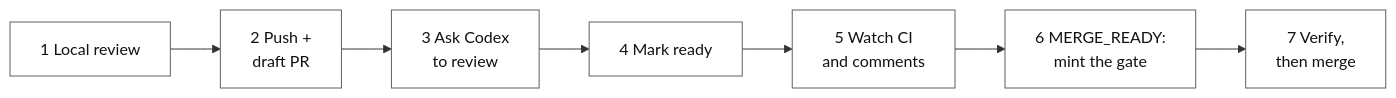
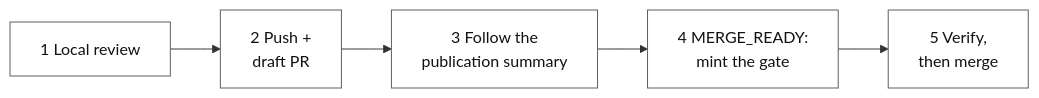
Before and after one commit to fengjiachun/review-bridge: the first of 2 diagrams in docs/review-flow.md, drawn with Mermaid. The commit also changed other lines of this file and 3 other files, not shown here.

Commit message:
docs: follow the publication summary instead of a fixed step order

````diff
--- a/docs/review-flow.md
+++ b/docs/review-flow.md
@@ -35,11 +35,9 @@
 ```mermaid
 flowchart LR
   A["1 Local review"] --> B["2 Push +<br/>draft PR"]
-  B --> C["3 Ask Codex<br/>to review"]
-  C --> D["4 Mark ready"]
-  D --> E["5 Watch CI<br/>and comments"]
-  E --> F["6 MERGE_READY:<br/>mint the gate"]
-  F --> G["7 Verify,<br/>then merge"]
+  B --> C["3 Follow the<br/>publication summary"]
+  C --> D["4 MERGE_READY:<br/>mint the gate"]
+  D --> E["5 Verify,<br/>then merge"]
   classDef n fill:#ffffff,stroke:#57606a,stroke-width:1px,color:#111111;
-  class A,B,C,D,E,F,G n;
+  class A,B,C,D,E n;
 ```
````
